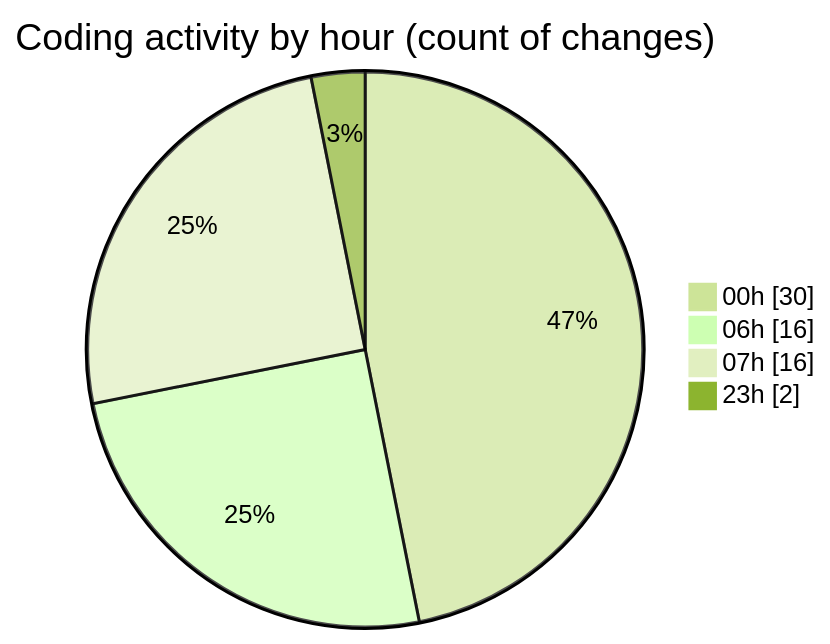
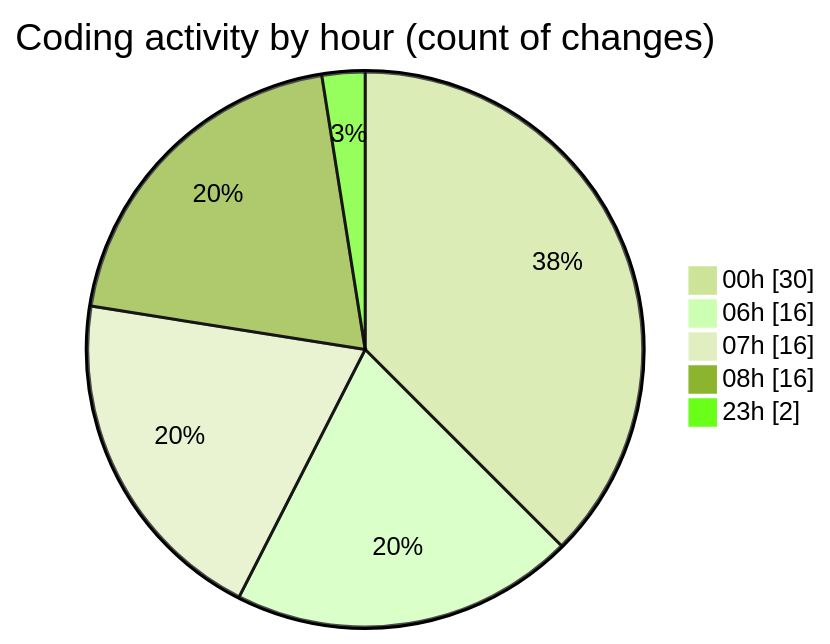
One commit to Unknowalive/code-tracking changed the second of 2 diagrams in 2026-04-08/t2s/README.md. Above: the diagram before and after it, drawn with Mermaid (forest theme). The commit also changed other lines of this file and 1 other file, not shown here.

````diff
--- a/2026-04-08/t2s/README.md
+++ b/2026-04-08/t2s/README.md
@@ -51,8 +59,9 @@
 ```mermaid
 pie showData
 title Coding activity by hour (count of changes)
 "00h" : 30
 "06h" : 16
 "07h" : 16
+"08h" : 16
 "23h" : 2
 ```
````
